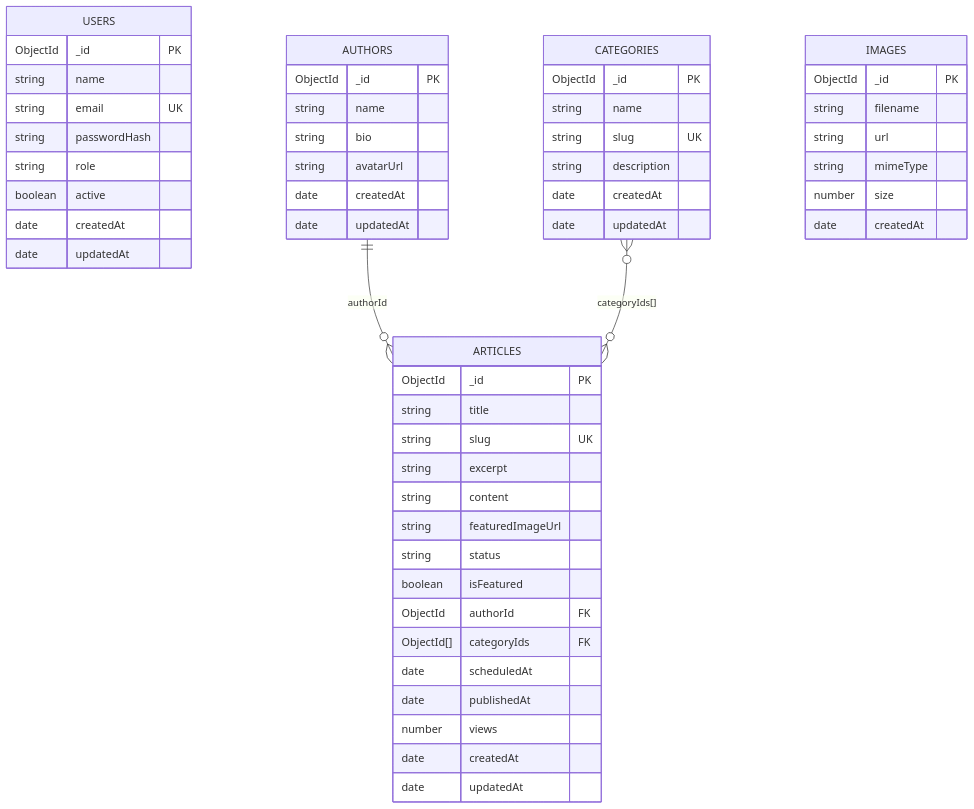
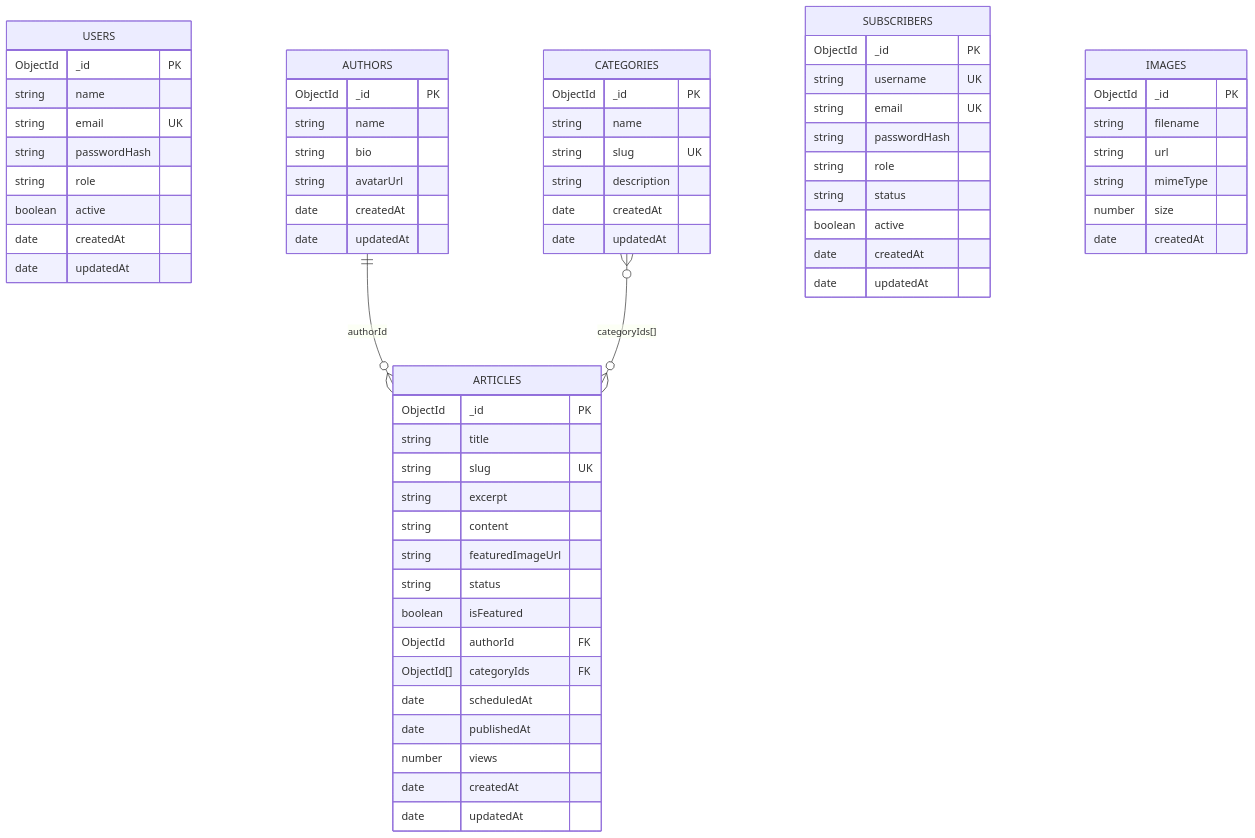
One commit to carlosbrisenoDev/periodico changed the second of 2 diagrams in docs/endpionts.md. Above: the diagram before and after it, drawn with Mermaid. The commit also changed other lines of this file and 48 other files, not shown here.

````diff
--- a/docs/endpionts.md
+++ b/docs/endpionts.md
@@ -44,61 +49,73 @@
 ```mermaid
 erDiagram
   USERS {
     ObjectId _id PK
     string name
     string email UK
     string passwordHash
     string role
     boolean active
     date createdAt
     date updatedAt
   }
 
   AUTHORS {
     ObjectId _id PK
     string name
     string bio
     string avatarUrl
     date createdAt
     date updatedAt
   }
 
   CATEGORIES {
     ObjectId _id PK
     string name
     string slug UK
     string description
     date createdAt
     date updatedAt
   }
 
   ARTICLES {
     ObjectId _id PK
     string title
     string slug UK
     string excerpt
     string content
     string featuredImageUrl
     string status
     boolean isFeatured
     ObjectId authorId FK
     ObjectId[] categoryIds FK
     date scheduledAt
     date publishedAt
     number views
     date createdAt
     date updatedAt
   }
 
+  SUBSCRIBERS {
+    ObjectId _id PK
+    string username UK
+    string email UK
+    string passwordHash
+    string role
+    string status
+    boolean active
+    date createdAt
+    date updatedAt
+  }
+
   IMAGES {
     ObjectId _id PK
     string filename
     string url
     string mimeType
     number size
     date createdAt
   }
 
   AUTHORS ||--o{ ARTICLES : "authorId"
   CATEGORIES }o--o{ ARTICLES : "categoryIds[]"
 ```
````
